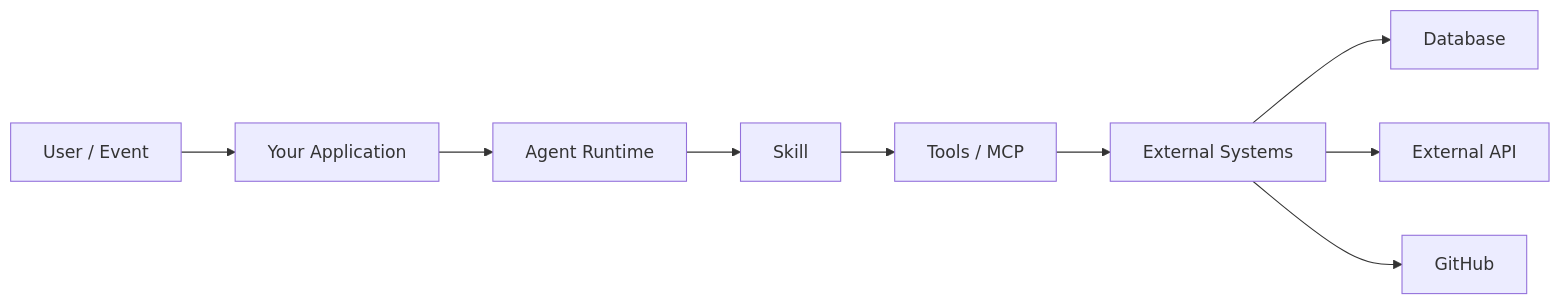
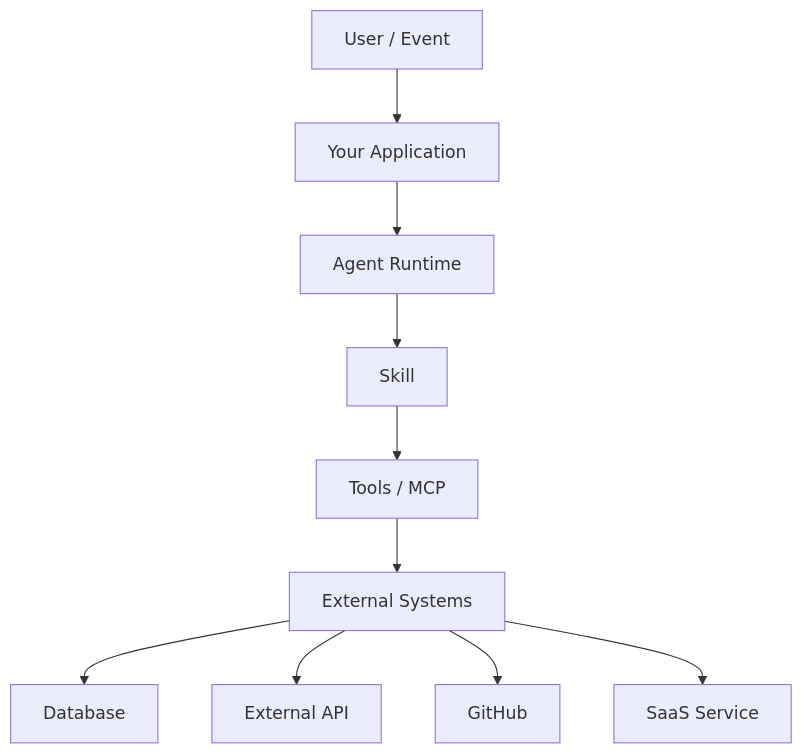
The seventh of 18 diagrams in Lecture 23 - Claude Skills/notes/04-distribution-sharing-and-api-integration.md (Amie-dev/FDE-and-GenAI-Mastery), drawn with Mermaid before and after one commit. The commit also changed other lines of this file and 6 other files, not shown here.

````diff
--- a/Lecture 23 - Claude Skills/notes/04-distribution-sharing-and-api-integration.md
+++ b/Lecture 23 - Claude Skills/notes/04-distribution-sharing-and-api-integration.md
@@ -380,19 +460,20 @@
 ```mermaid
-flowchart LR
+flowchart TB
+    U["User / Event"]
+    APP["Your Application"]
+    AGENT["Agent Runtime"]
+    SKILL["Skill"]
+    TOOLS["Tools / MCP"]
+    EXT["External Systems"]
 
-    U["User / Event"]
-
-    U --> APP["Your Application"]
-
-    APP --> AGENT["Agent Runtime"]
-
-    AGENT --> SKILL["Skill"]
-
-    SKILL --> TOOLS["Tools / MCP"]
-
-    TOOLS --> EXT["External Systems"]
+    U --> APP
+    APP --> AGENT
+    AGENT --> SKILL
+    SKILL --> TOOLS
+    TOOLS --> EXT
 
     EXT --> DB["Database"]
     EXT --> API["External API"]
     EXT --> GIT["GitHub"]
+    EXT --> SAAS["SaaS Service"]
 ```
````
